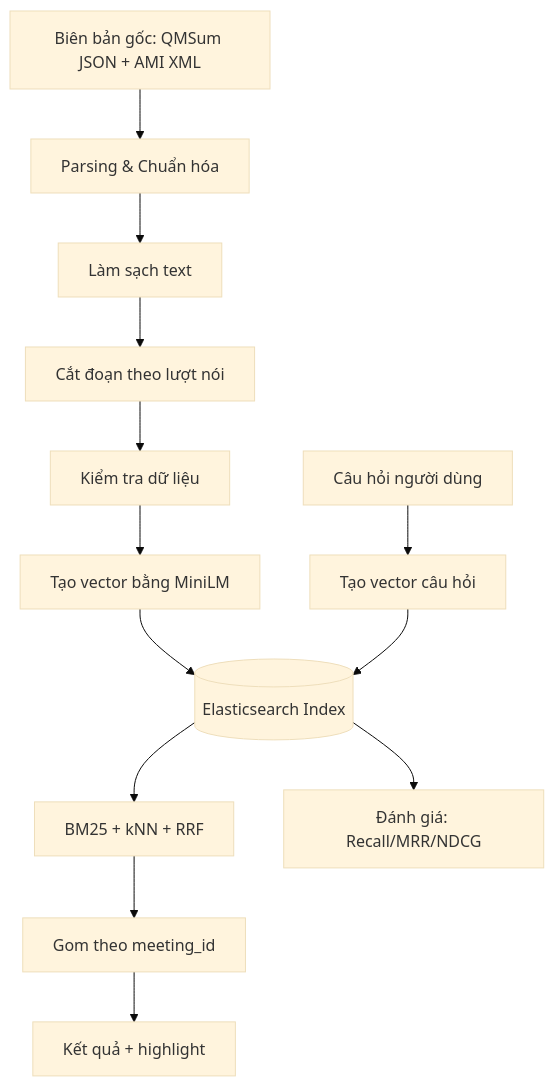
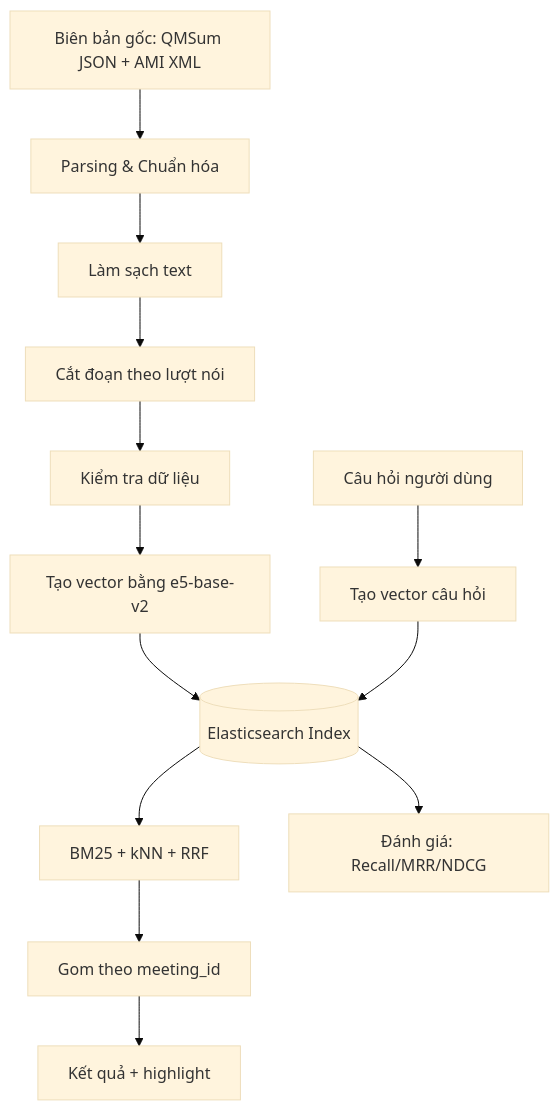
One commit to edward1503/vdt-meeting-search changed the first of 3 diagrams in docs/decision_explanation.md. Above: the diagram before and after it, drawn with Mermaid (base theme). The commit also changed other lines of this file and 13 other files, not shown here.

````diff
--- a/docs/decision_explanation.md
+++ b/docs/decision_explanation.md
@@ -58,15 +60,15 @@
 ```mermaid
 flowchart TD
     A[Biên bản gốc: QMSum JSON + AMI XML] --> B[Parsing & Chuẩn hóa]
     B --> C[Làm sạch text]
     C --> D[Cắt đoạn theo lượt nói]
     D --> E[Kiểm tra dữ liệu]
-    E --> F[Tạo vector bằng MiniLM]
+    E --> F[Tạo vector bằng e5-base-v2]
     F --> G[(Elasticsearch Index)]
     H[Câu hỏi người dùng] --> I[Tạo vector câu hỏi]
     I --> G
     G --> J[BM25 + kNN + RRF]
     J --> K[Gom theo meeting_id]
     K --> L[Kết quả + highlight]
     G --> M[Đánh giá: Recall/MRR/NDCG]
 ```
````
